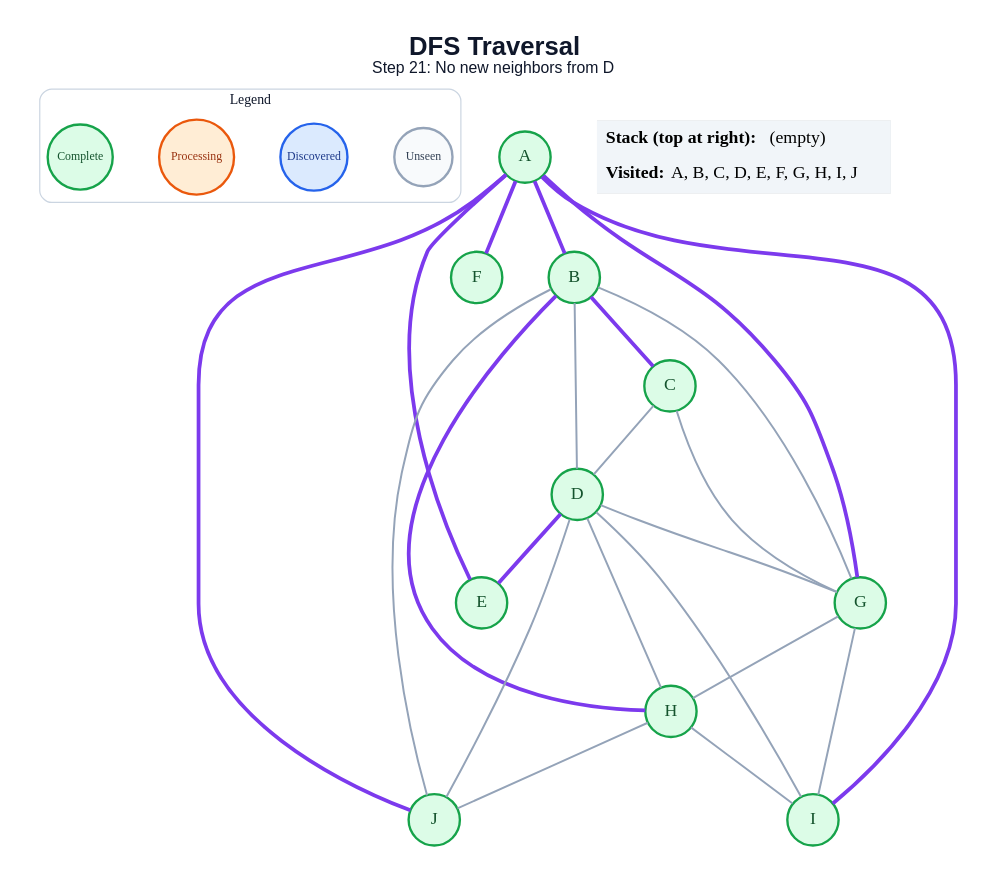
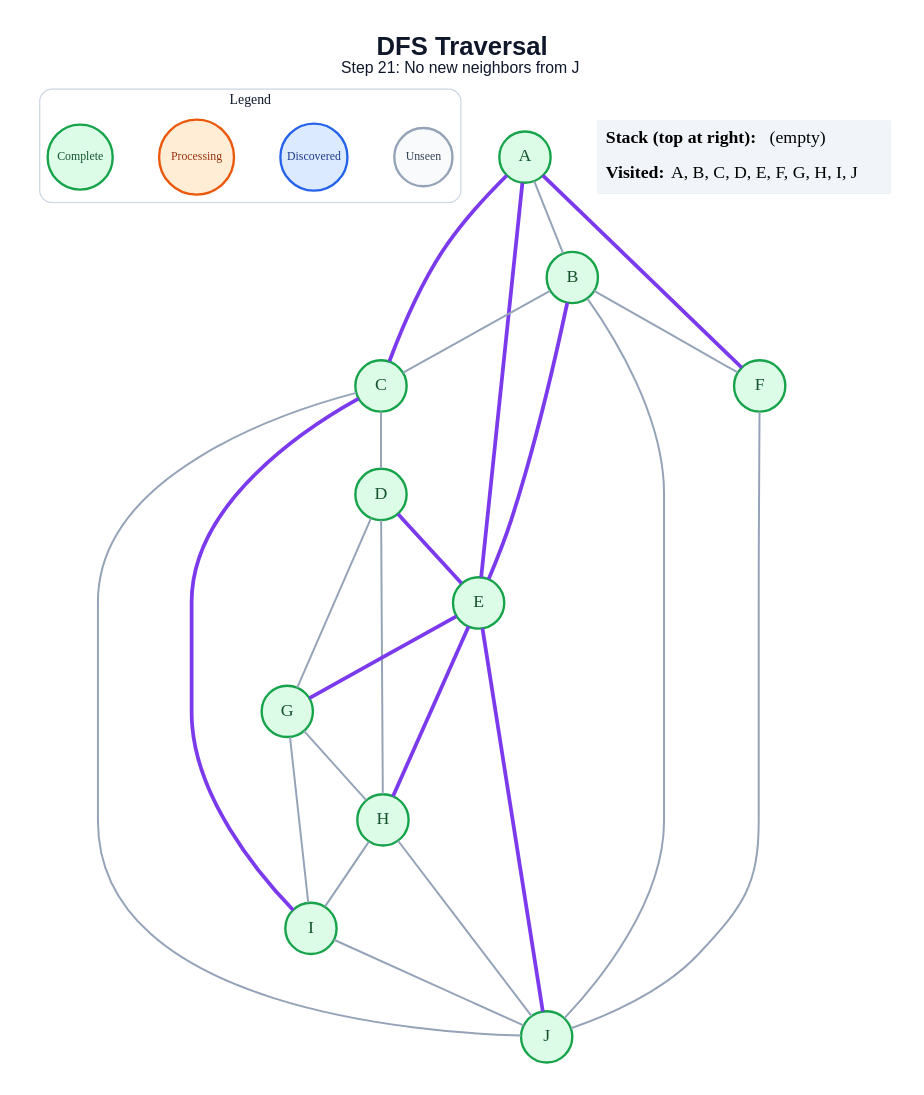
One commit to amanghodawala9/ai-slop changed the diagram in generated/specific-node/dfs/step_21.dot. Above: the diagram before and after it, drawn with Graphviz. The commit also changed 178 other files, not shown here.

```diff
--- a/generated/specific-node/dfs/step_21.dot
+++ b/generated/specific-node/dfs/step_21.dot
@@ -1,51 +1,52 @@
 graph traversal {
   graph [layout=dot, rankdir=TB, bgcolor="#FFFFFF", pad="0.35", nodesep="0.65", ranksep="0.8", fontname="Arial"];
   node [shape=circle, style="filled", fontname="Arial Bold", fontsize=18, width=0.72, fixedsize=true, penwidth=2.4];
   edge [color="#94A3B8", penwidth=2.0];
-  label=<<B>DFS Traversal</B><BR/><FONT POINT-SIZE="16">Step 21: No new neighbors from D</FONT>>; labelloc="t"; fontsize=26; fontname="Arial"; fontcolor="#0F172A";
+  label=<<B>DFS Traversal</B><BR/><FONT POINT-SIZE="16">Step 21: No new neighbors from J</FONT>>; labelloc="t"; fontsize=26; fontname="Arial"; fontcolor="#0F172A";
   subgraph cluster_legend { label="Legend"; color="#CBD5E1"; penwidth=1.2; style="rounded"; fontsize=14; fontname="Arial Bold";
     key_unseen [label="Unseen", fillcolor="#F8FAFC", color="#94A3B8", fontcolor="#334155", fontsize=12, width=0.82];
     key_frontier [label="Discovered", fillcolor="#DBEAFE", color="#2563EB", fontcolor="#1E3A8A", fontsize=12, width=0.95];
     key_current [label="Processing", fillcolor="#FFEDD5", color="#EA580C", fontcolor="#9A3412", fontsize=12, width=1.05];
     key_done [label="Complete", fillcolor="#DCFCE7", color="#16A34A", fontcolor="#14532D", fontsize=12, width=0.92];
     { rank=same; key_unseen; key_frontier; key_current; key_done; }
   }
   A [fillcolor="#DCFCE7", color="#16A34A", fontcolor="#14532D"];
   B [fillcolor="#DCFCE7", color="#16A34A", fontcolor="#14532D"];
   C [fillcolor="#DCFCE7", color="#16A34A", fontcolor="#14532D"];
   D [fillcolor="#DCFCE7", color="#16A34A", fontcolor="#14532D"];
   E [fillcolor="#DCFCE7", color="#16A34A", fontcolor="#14532D"];
   F [fillcolor="#DCFCE7", color="#16A34A", fontcolor="#14532D"];
   G [fillcolor="#DCFCE7", color="#16A34A", fontcolor="#14532D"];
   H [fillcolor="#DCFCE7", color="#16A34A", fontcolor="#14532D"];
   I [fillcolor="#DCFCE7", color="#16A34A", fontcolor="#14532D"];
   J [fillcolor="#DCFCE7", color="#16A34A", fontcolor="#14532D"];
-  A -- B [color="#7C3AED", penwidth=3.8];
+  A -- B;
+  A -- C [color="#7C3AED", penwidth=3.8];
   A -- E [color="#7C3AED", penwidth=3.8];
   A -- F [color="#7C3AED", penwidth=3.8];
-  A -- G [color="#7C3AED", penwidth=3.8];
-  A -- I [color="#7C3AED", penwidth=3.8];
-  A -- J [color="#7C3AED", penwidth=3.8];
-  B -- C [color="#7C3AED", penwidth=3.8];
-  B -- D;
-  B -- G;
-  B -- H [color="#7C3AED", penwidth=3.8];
+  B -- C;
+  B -- E [color="#7C3AED", penwidth=3.8];
+  B -- F;
   B -- J;
   C -- D;
-  C -- G;
+  C -- I [color="#7C3AED", penwidth=3.8];
+  C -- J;
   D -- E [color="#7C3AED", penwidth=3.8];
   D -- G;
   D -- H;
-  D -- I;
-  D -- J;
+  E -- G [color="#7C3AED", penwidth=3.8];
+  E -- H [color="#7C3AED", penwidth=3.8];
+  E -- J [color="#7C3AED", penwidth=3.8];
+  F -- J;
   G -- H;
   G -- I;
   H -- I;
   H -- J;
+  I -- J;
   status [shape=plain, fixedsize=false, width=0, height=0, margin=0, label=<
     <TABLE BORDER="0" CELLBORDER="0" CELLPADDING="7" BGCOLOR="#F1F5F9">
       <TR><TD ALIGN="LEFT"><B>Stack (top at right):</B> (empty)</TD></TR>
       <TR><TD ALIGN="LEFT"><B>Visited:</B> A, B, C, D, E, F, G, H, I, J</TD></TR>
     </TABLE>
   >];
 }
```
